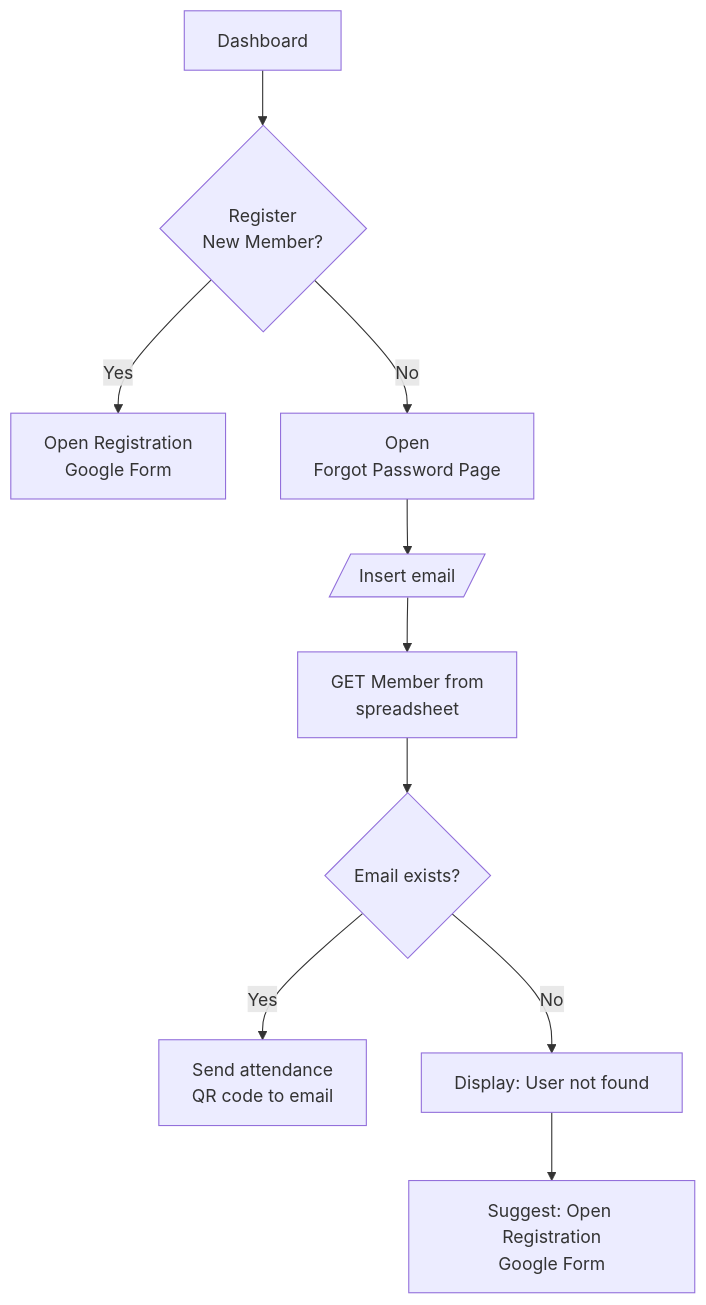
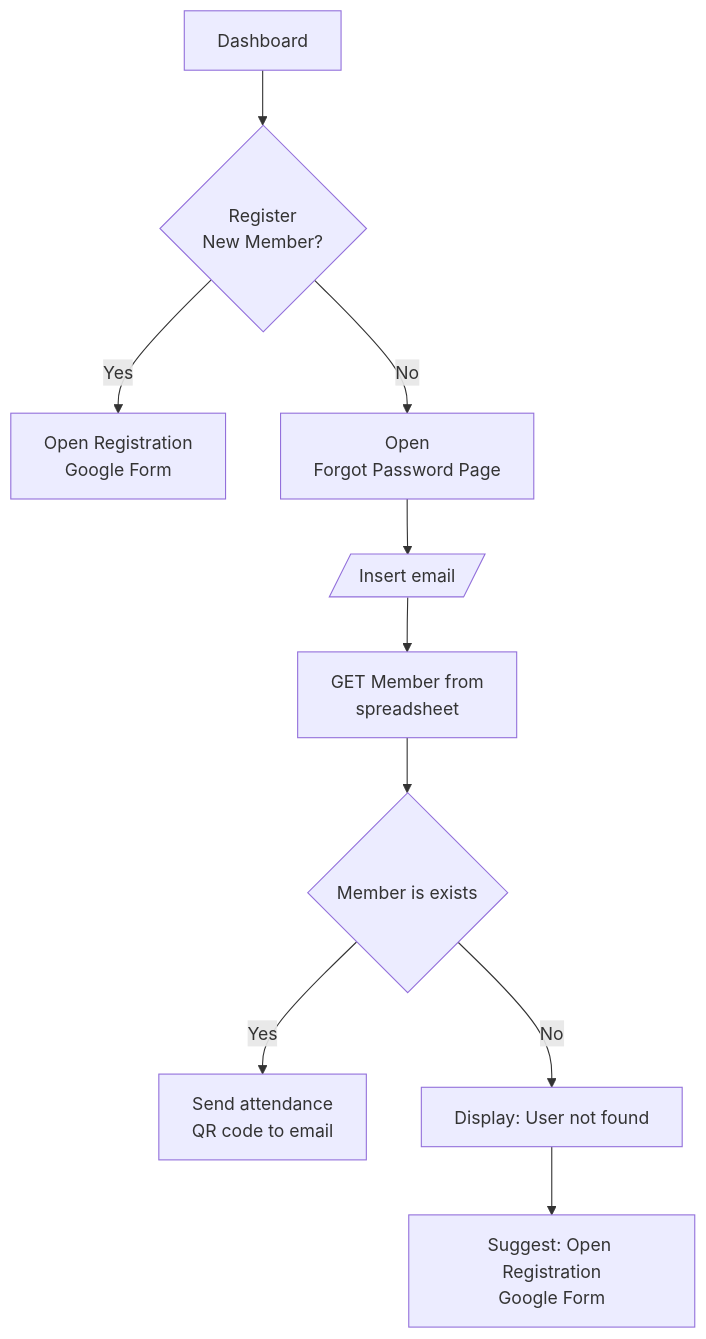
One commit to ijosh-ch/church-member-management changed the third of 5 diagrams in README.md. Above: the diagram before and after it, drawn with Mermaid. The commit also changed other lines of this file, not shown here.

Commit message:
📊 Enhance class diagram with proper enumerations and UML notation

````diff
--- a/README.md
+++ b/README.md
@@ -129,14 +163,14 @@
 ```mermaid
 flowchart TD
   Dashboard[Dashboard] --> NewUser{Register<br>New Member?}
   NewUser --> |Yes| GoogleForm[Open Registration<br/>Google Form]
   NewUser --> |No| ForgotPassword[Open<br>Forgot Password Page]
   ForgotPassword --> Email[/Insert email/]
   
   Email --> checkEmail[GET Member from<br/>spreadsheet]
-  checkEmail --> emailExists{Email exists?}
+  checkEmail --> emailExists{Member is exists}
 
   emailExists --> |Yes| sendQRcode[Send attendance<br/>QR code to email]
   emailExists --> |No| displayNotFound[Display: User not found]
   displayNotFound --> formSuggestion[Suggest: Open Registration<br/>Google Form]
 ```
````
